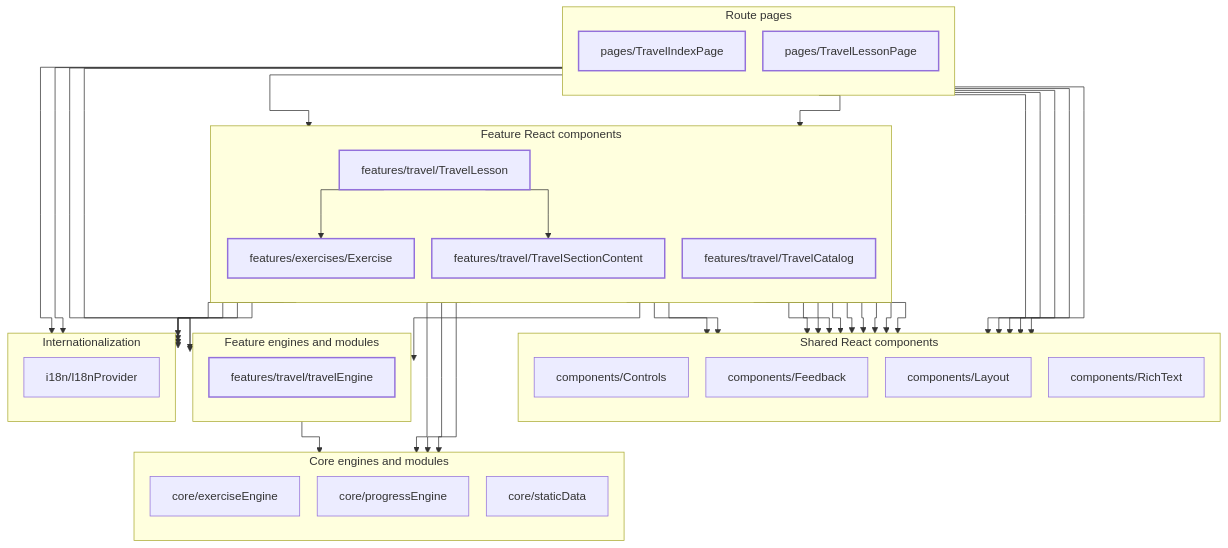
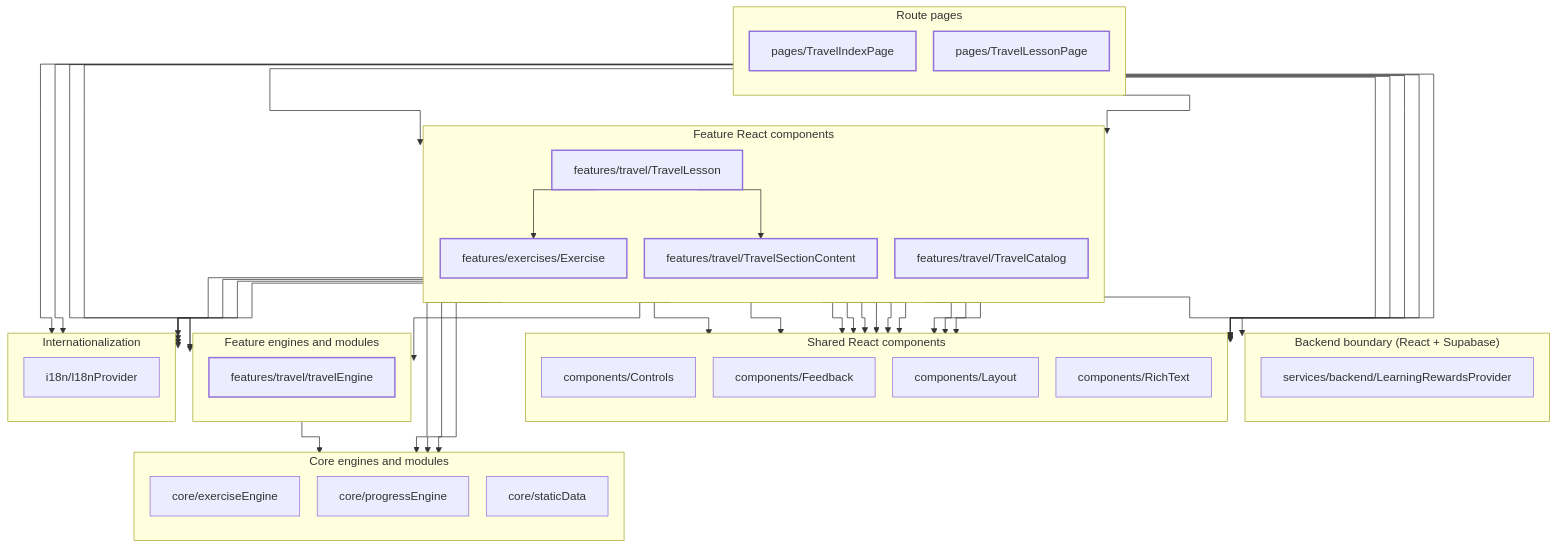
The sixth of 9 diagrams in docs/dependency-graph.md (temsahak-rgb/Dino-5monde), drawn with Mermaid before and after one commit. The commit also changed other lines of this file and 23 other files, not shown here.

````diff
--- a/docs/dependency-graph.md
+++ b/docs/dependency-graph.md
@@ -367,71 +375,76 @@
 ```mermaid
 %%{init: {"flowchart": {"curve": "stepAfter", "nodeSpacing": 24, "rankSpacing": 42}}}%%
 flowchart TB
     classDef focus stroke-width:2px
+    subgraph S2["Backend boundary (React + Supabase)"]
+        direction TB
+        M0["services/backend/LearningRewardsProvider"]
+    end
     subgraph S5["Route pages"]
         direction TB
-        M0["pages/TravelIndexPage"]:::focus
-        M1["pages/TravelLessonPage"]:::focus
+        M1["pages/TravelIndexPage"]:::focus
+        M2["pages/TravelLessonPage"]:::focus
     end
     subgraph S6["Shared React components"]
         direction TB
-        M2["components/Controls"]
-        M3["components/Feedback"]
-        M4["components/Layout"]
-        M5["components/RichText"]
+        M3["components/Controls"]
+        M4["components/Feedback"]
+        M5["components/Layout"]
+        M6["components/RichText"]
     end
     subgraph S7["Feature React components"]
         direction TB
-        M6["features/exercises/Exercise"]:::focus
-        M7["features/travel/TravelCatalog"]:::focus
-        M8["features/travel/TravelLesson"]:::focus
-        M9["features/travel/TravelSectionContent"]:::focus
+        M7["features/exercises/Exercise"]:::focus
+        M8["features/travel/TravelCatalog"]:::focus
+        M9["features/travel/TravelLesson"]:::focus
+        M10["features/travel/TravelSectionContent"]:::focus
     end
     subgraph S8["Feature engines and modules"]
         direction TB
-        M10["features/travel/travelEngine"]:::focus
+        M11["features/travel/travelEngine"]:::focus
     end
     subgraph S9["Core engines and modules"]
         direction TB
-        M11["core/exerciseEngine"]
-        M12["core/progressEngine"]
-        M13["core/staticData"]
+        M12["core/exerciseEngine"]
+        M13["core/progressEngine"]
+        M14["core/staticData"]
     end
     subgraph S10["Internationalization"]
         direction TB
-        M14["i18n/I18nProvider"]
+        M15["i18n/I18nProvider"]
     end
-    M6 --> M11
-    M6 --> M12
-    M6 --> M14
-    M6 --> M2
-    M6 --> M3
-    M6 --> M4
-    M6 --> M5
-    M7 --> M14
-    M7 --> M2
+    M7 --> M12
+    M7 --> M13
+    M7 --> M15
+    M7 --> M3
     M7 --> M4
-    M10 --> M13
-    M8 --> M12
-    M8 --> M6
-    M8 --> M10
-    M8 --> M9
-    M8 --> M14
-    M8 --> M2
-    M8 --> M4
-    M9 --> M14
-    M9 --> M2
-    M9 --> M4
+    M7 --> M5
+    M7 --> M6
+    M8 --> M15
+    M8 --> M3
+    M8 --> M5
+    M11 --> M14
+    M9 --> M13
+    M9 --> M7
+    M9 --> M11
+    M9 --> M10
+    M9 --> M15
+    M9 --> M0
+    M9 --> M3
     M9 --> M5
-    M0 --> M7
-    M0 --> M10
-    M0 --> M14
-    M0 --> M3
-    M0 --> M4
-    M1 --> M10
+    M10 --> M15
+    M10 --> M3
+    M10 --> M5
+    M10 --> M6
     M1 --> M8
-    M1 --> M14
-    M1 --> M2
-    M1 --> M3
+    M1 --> M11
+    M1 --> M15
     M1 --> M4
+    M1 --> M5
+    M2 --> M11
+    M2 --> M9
+    M2 --> M15
+    M2 --> M3
+    M2 --> M4
+    M2 --> M5
 ```
````
